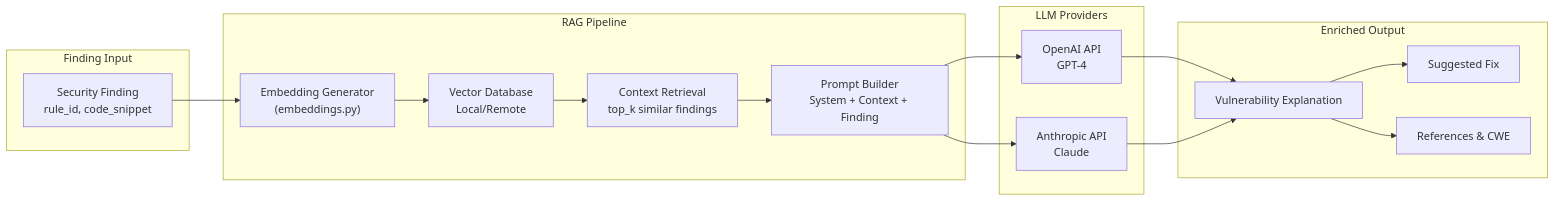
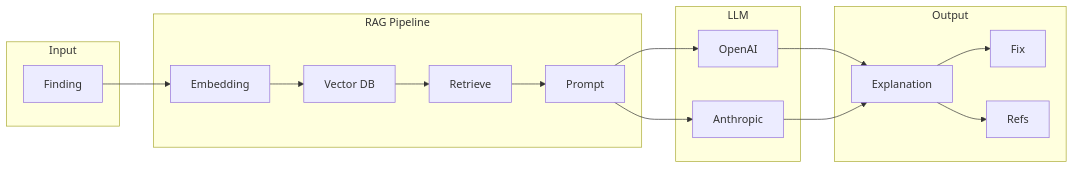
The seventh of 13 diagrams in ARCHITECTURE.md (RunTimeAdmin/counterscarp), drawn with Mermaid before and after one commit. The commit also changed other lines of this file and 3 other files, not shown here.

````diff
--- a/ARCHITECTURE.md
+++ b/ARCHITECTURE.md
@@ -727,35 +646,35 @@
 ```mermaid
 flowchart LR
-    subgraph Input["Finding Input"]
-        FINDING["Security Finding<br/>rule_id, code_snippet"]
+    subgraph Input["Input"]
+        FINDING["Finding"]
     end
 
     subgraph RAGPipeline["RAG Pipeline"]
-        EMB["Embedding Generator<br/>(embeddings.py)"]
-        VDB["Vector Database<br/>Local/Remote"]
-        RETRIEVE["Context Retrieval<br/>top_k similar findings"]
-        PROMPT["Prompt Builder<br/>System + Context + Finding"]
+        EMB["Embedding"]
+        VDB["Vector DB"]
+        RETRIEVE["Retrieve"]
+        PROMPT["Prompt"]
     end
 
-    subgraph LLM["LLM Providers"]
-        OPENAI["OpenAI API<br/>GPT-4"]
-        ANTHROPIC["Anthropic API<br/>Claude"]
+    subgraph LLM["LLM"]
+        OPENAI["OpenAI"]
+        ANTHROPIC["Anthropic"]
     end
 
-    subgraph Output["Enriched Output"]
-        EXPLANATION["Vulnerability Explanation"]
-        FIX["Suggested Fix"]
-        REFS["References & CWE"]
+    subgraph Output["Output"]
+        EXPLANATION["Explanation"]
+        FIX["Fix"]
+        REFS["Refs"]
     end
 
     FINDING --> EMB
     EMB --> VDB
     VDB --> RETRIEVE
     RETRIEVE --> PROMPT
     PROMPT --> OPENAI
     PROMPT --> ANTHROPIC
     OPENAI --> EXPLANATION
     ANTHROPIC --> EXPLANATION
     EXPLANATION --> FIX
     EXPLANATION --> REFS
 ```
````
